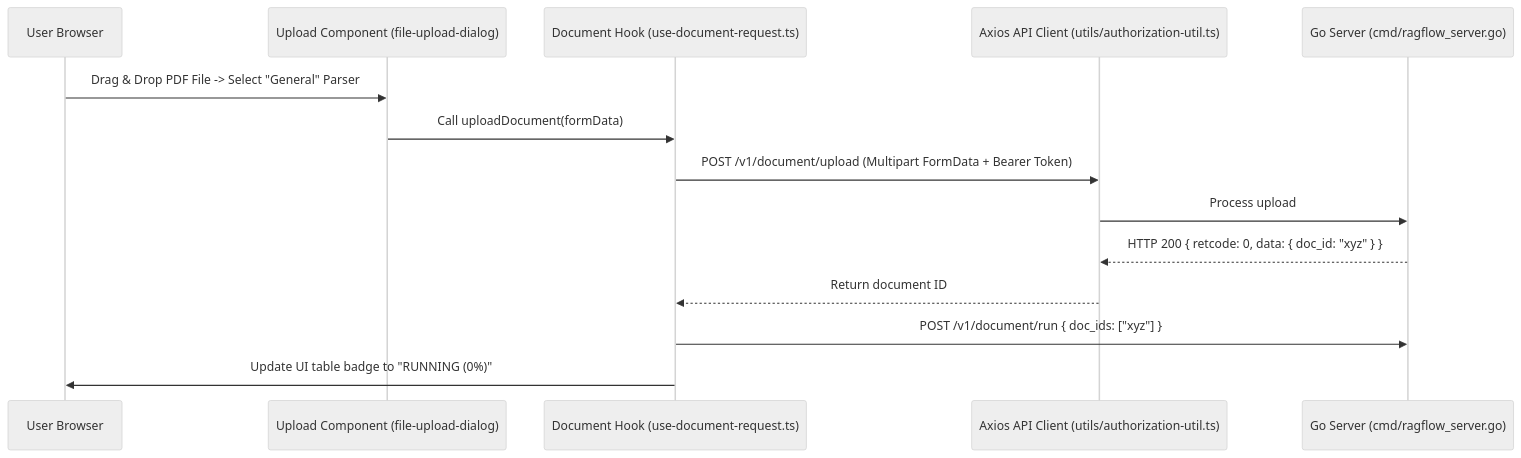
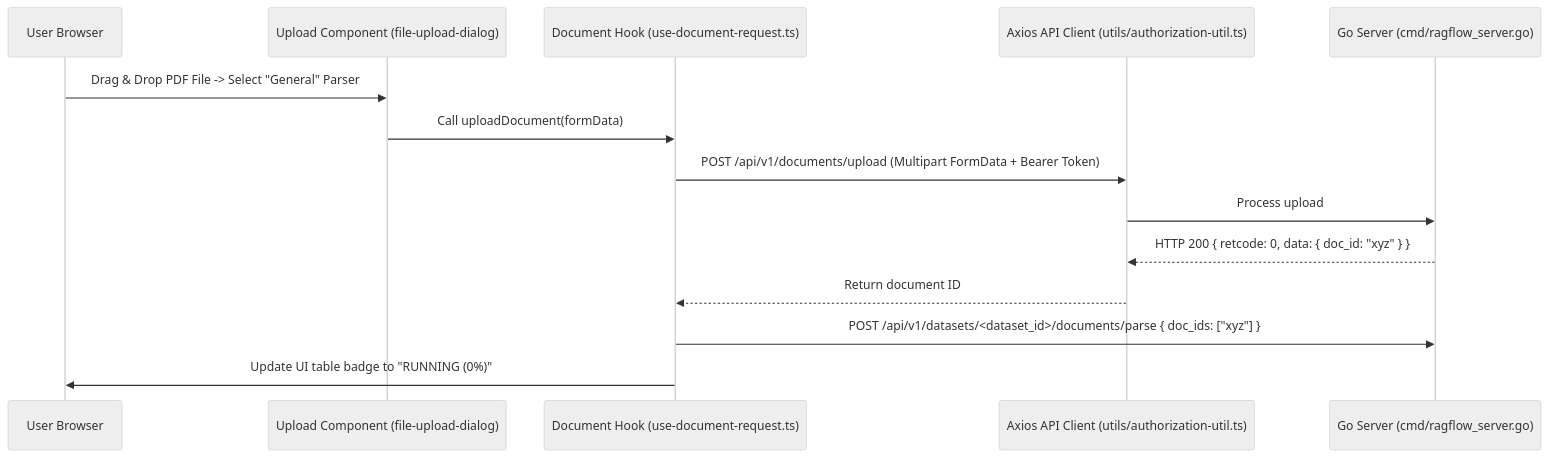
Before and after one commit to 6sLOGAN78/devRAG: the first of 2 diagrams in ragflow-docs/02-frontend/frontend-data-flow.md, drawn with Mermaid (neutral theme). The commit also changed other lines of this file and 35 other files, not shown here.

````diff
--- a/ragflow-docs/02-frontend/frontend-data-flow.md
+++ b/ragflow-docs/02-frontend/frontend-data-flow.md
@@ -13,17 +13,17 @@
 ```mermaid
 sequenceDiagram
     participant User as User Browser
     participant UploadDialog as Upload Component (file-upload-dialog)
     participant DocHook as Document Hook (use-document-request.ts)
     participant ApiClient as Axios API Client (utils/authorization-util.ts)
     participant GoServer as Go Server (cmd/ragflow_server.go)
 
     User->>UploadDialog: Drag & Drop PDF File -> Select "General" Parser
     UploadDialog->>DocHook: Call uploadDocument(formData)
-    DocHook->>ApiClient: POST /v1/document/upload (Multipart FormData + Bearer Token)
+    DocHook->>ApiClient: POST /api/v1/documents/upload (Multipart FormData + Bearer Token)
     ApiClient->>GoServer: Process upload
     GoServer-->>ApiClient: HTTP 200 { retcode: 0, data: { doc_id: "xyz" } }
     ApiClient-->>DocHook: Return document ID
-    DocHook->>GoServer: POST /v1/document/run { doc_ids: ["xyz"] }
+    DocHook->>GoServer: POST /api/v1/datasets/<dataset_id>/documents/parse { doc_ids: ["xyz"] }
     DocHook->>User: Update UI table badge to "RUNNING (0%)"
 ```
````
